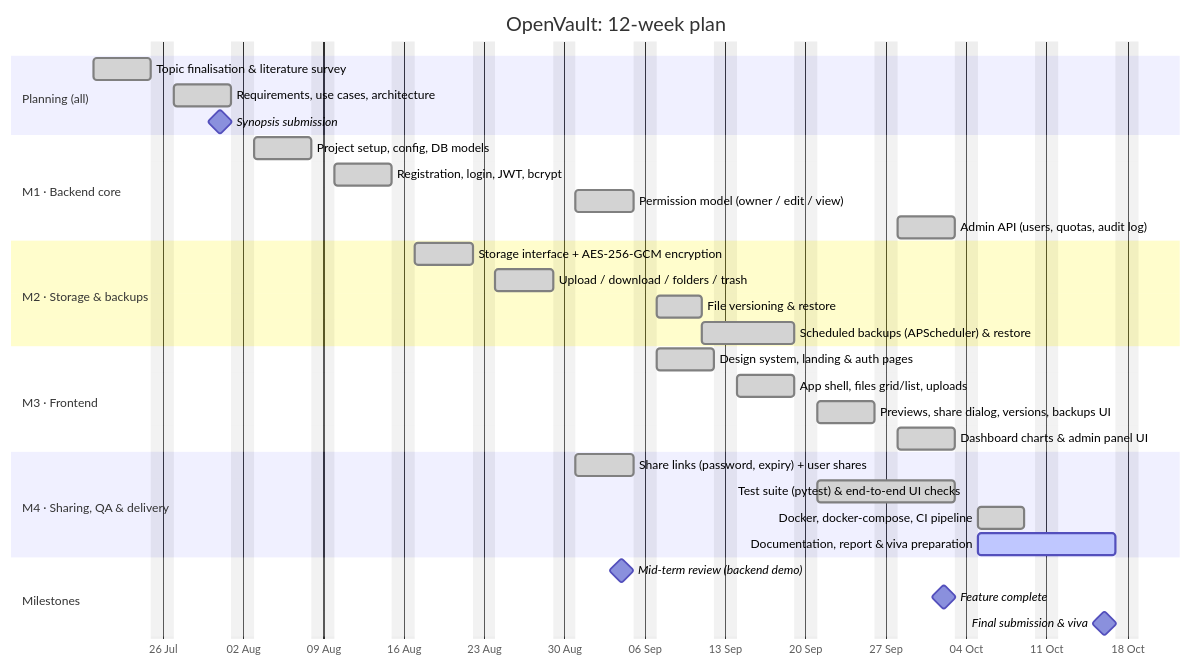
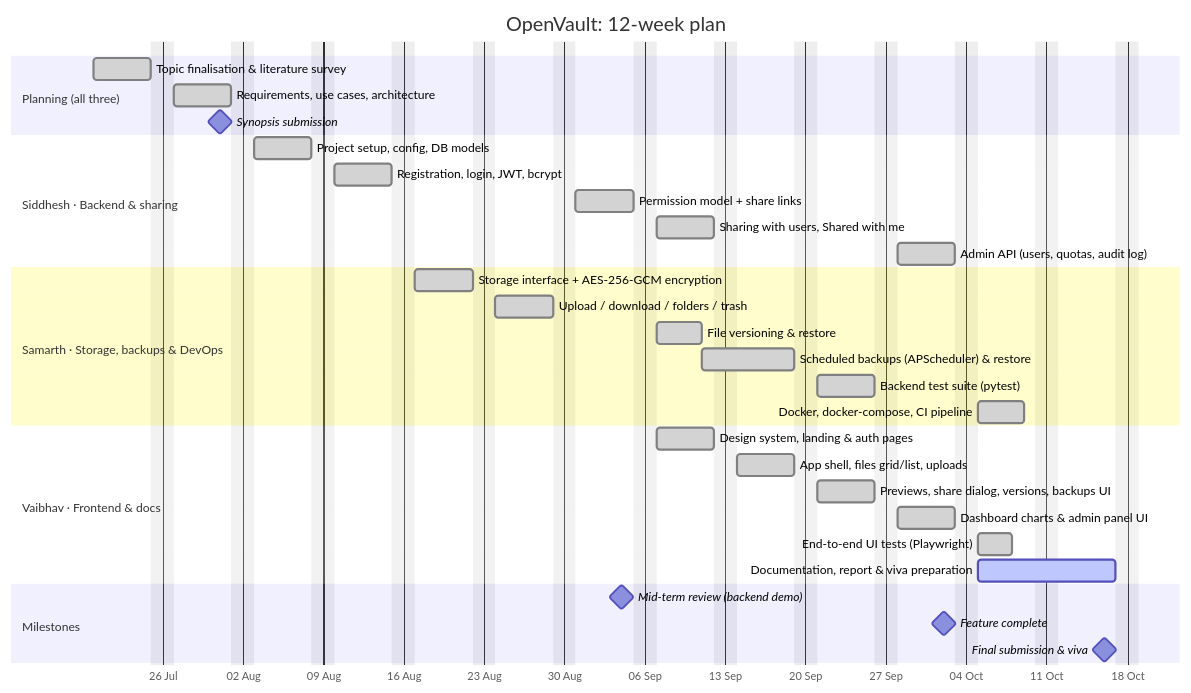
One commit to siddhesh1222/openvault changed the diagram in docs/gantt.md. Above: the diagram before and after it, drawn with Mermaid. The commit also changed other lines of this file and 3 other files, not shown here.

````diff
--- a/docs/gantt.md
+++ b/docs/gantt.md
@@ -14,41 +13,40 @@
 ```mermaid
 gantt
     title OpenVault: 12-week plan
     dateFormat YYYY-MM-DD
     axisFormat %d %b
     excludes weekends
 
-    section Planning (all)
+    section Planning (all three)
     Topic finalisation & literature survey      :done, p1, 2026-07-20, 5d
     Requirements, use cases, architecture       :done, p2, after p1, 5d
     Synopsis submission                         :milestone, m1, 2026-07-31, 0d
 
-    section M1 · Backend core
+    section Siddhesh · Backend & sharing
     Project setup, config, DB models            :done, a1, 2026-08-03, 5d
     Registration, login, JWT, bcrypt            :done, a2, after a1, 5d
-    Permission model (owner / edit / view)      :done, a3, 2026-08-31, 5d
-    Admin API (users, quotas, audit log)        :done, a4, 2026-09-28, 5d
+    Permission model + share links              :done, a3, 2026-08-31, 5d
+    Sharing with users, Shared with me          :done, a4, after a3, 5d
+    Admin API (users, quotas, audit log)        :done, a5, 2026-09-28, 5d
 
-    section M2 · Storage & backups
+    section Samarth · Storage, backups & DevOps
     Storage interface + AES-256-GCM encryption  :done, b1, 2026-08-17, 5d
     Upload / download / folders / trash         :done, b2, after b1, 5d
     File versioning & restore                   :done, b3, 2026-09-07, 4d
     Scheduled backups (APScheduler) & restore   :done, b4, after b3, 6d
+    Backend test suite (pytest)                 :done, b5, 2026-09-21, 5d
+    Docker, docker-compose, CI pipeline         :done, b6, 2026-10-05, 4d
 
-    section M3 · Frontend
+    section Vaibhav · Frontend & docs
     Design system, landing & auth pages         :done, c1, 2026-09-07, 5d
     App shell, files grid/list, uploads         :done, c2, after c1, 5d
     Previews, share dialog, versions, backups UI:done, c3, after c2, 5d
     Dashboard charts & admin panel UI           :done, c4, after c3, 5d
-
-    section M4 · Sharing, QA & delivery
-    Share links (password, expiry) + user shares:done, d1, 2026-08-31, 5d
-    Test suite (pytest) & end-to-end UI checks  :done, d2, 2026-09-21, 10d
-    Docker, docker-compose, CI pipeline         :done, d3, 2026-10-05, 4d
-    Documentation, report & viva preparation    :active, d4, 2026-10-05, 10d
+    End-to-end UI tests (Playwright)            :done, c5, 2026-10-05, 3d
+    Documentation, report & viva preparation    :active, c6, 2026-10-05, 10d
 
     section Milestones
     Mid-term review (backend demo)              :milestone, m2, 2026-09-04, 0d
     Feature complete                            :milestone, m3, 2026-10-02, 0d
     Final submission & viva                     :milestone, m4, 2026-10-16, 0d
 ```
````
